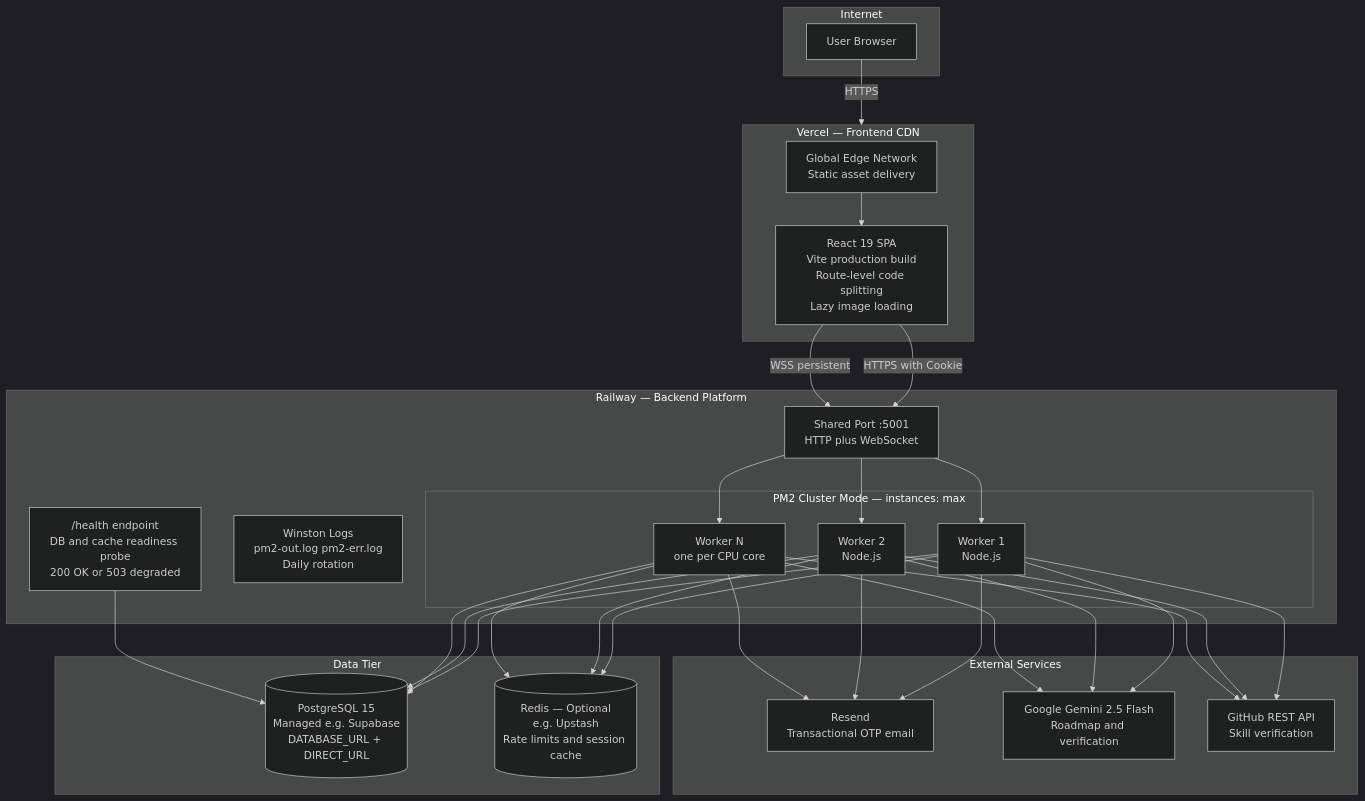
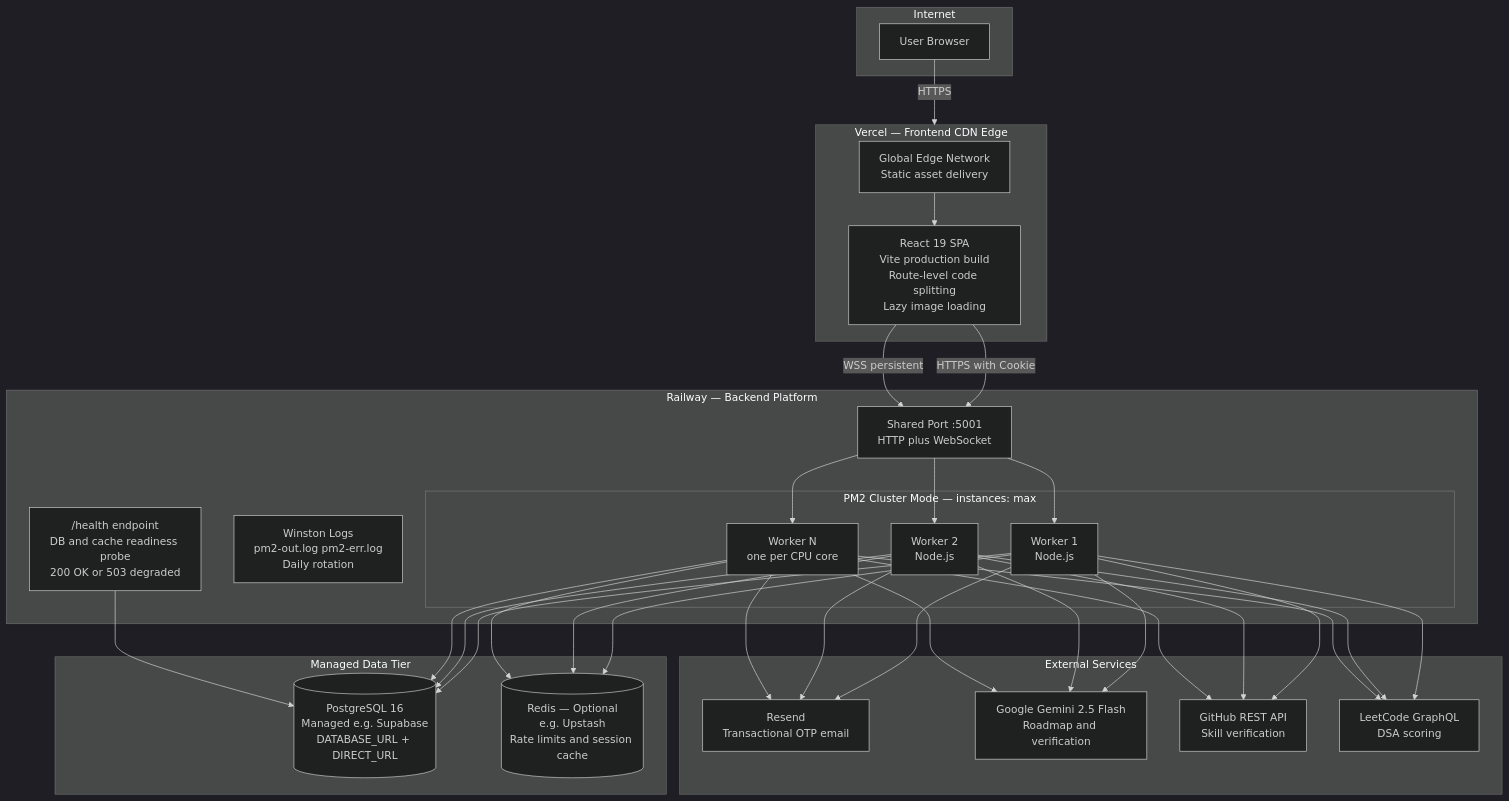
One commit to KshitizD07/Skill-Sphere changed diagram 12 of 15 in docs/ARCHITECTURE.md. Above: the diagram before and after it, drawn with Mermaid (dark theme). The commit also changed other lines of this file, not shown here.

````diff
--- a/docs/ARCHITECTURE.md
+++ b/docs/ARCHITECTURE.md
@@ -1005,45 +1058,47 @@
 ```mermaid
 graph TB
     subgraph INTERNET["Internet"]
         USER_BROWSER["User Browser"]
     end
 
-    subgraph VERCEL["Vercel — Frontend CDN"]
+    subgraph VERCEL["Vercel — Frontend CDN Edge"]
         EDGE["Global Edge Network\nStatic asset delivery"]
         SPA["React 19 SPA\nVite production build\nRoute-level code splitting\nLazy image loading"]
     end
 
     subgraph RAILWAY["Railway — Backend Platform"]
         subgraph PM2["PM2 Cluster Mode — instances: max"]
             W1["Worker 1\nNode.js"]
             W2["Worker 2\nNode.js"]
             WN["Worker N\none per CPU core"]
         end
         SHARED_PORT["Shared Port :5001\nHTTP plus WebSocket"]
         LOGS["Winston Logs\npm2-out.log pm2-err.log\nDaily rotation"]
         HEALTH_EP["/health endpoint\nDB and cache readiness probe\n200 OK or 503 degraded"]
     end
 
-    subgraph DB_TIER["Data Tier"]
-        PG[("PostgreSQL 15\nManaged e.g. Supabase\nDATABASE_URL + DIRECT_URL")]
+    subgraph DB_TIER["Managed Data Tier"]
+        PG[("PostgreSQL 16\nManaged e.g. Supabase\nDATABASE_URL + DIRECT_URL")]
         REDIS_PROD[("Redis — Optional\ne.g. Upstash\nRate limits and session cache")]
     end
 
     subgraph EXTERNAL_SVC["External Services"]
         RESEND_PROD["Resend\nTransactional OTP email"]
         GEMINI_PROD["Google Gemini 2.5 Flash\nRoadmap and verification"]
         GITHUB_PROD["GitHub REST API\nSkill verification"]
+        LEETCODE_PROD["LeetCode GraphQL\nDSA scoring"]
     end
 
     USER_BROWSER -- "HTTPS" --> VERCEL
     EDGE --> SPA
     SPA -- "HTTPS with Cookie" --> SHARED_PORT
     SPA -- "WSS persistent" --> SHARED_PORT
     SHARED_PORT --> W1 & W2 & WN
     W1 & W2 & WN --> PG
     W1 & W2 & WN --> REDIS_PROD
     W1 & W2 & WN --> RESEND_PROD
     W1 & W2 & WN --> GEMINI_PROD
     W1 & W2 & WN --> GITHUB_PROD
+    W1 & W2 & WN --> LEETCODE_PROD
     HEALTH_EP --> PG
 ```
````
